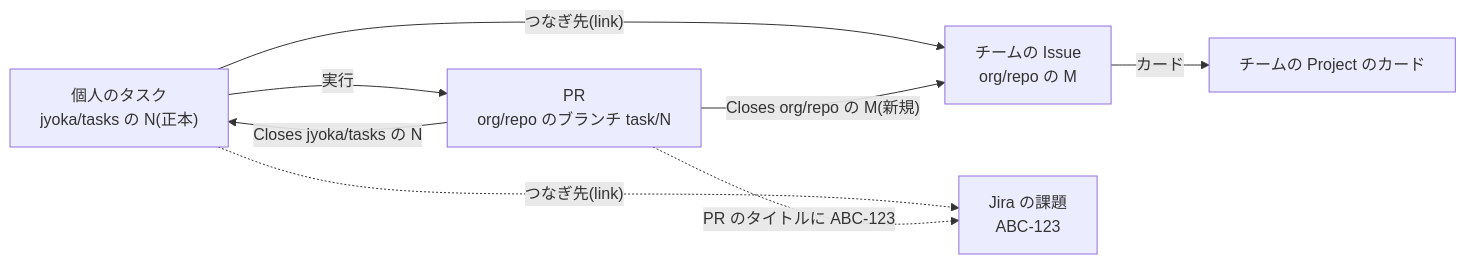
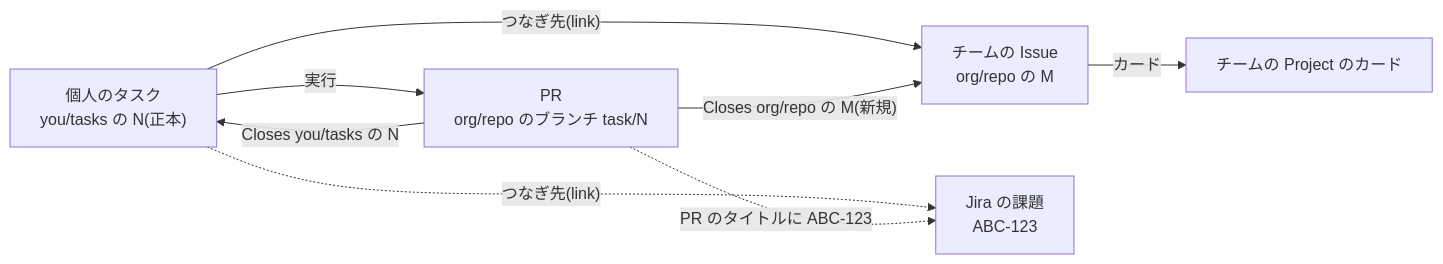
One commit to jyoka/task-hub changed the first of 5 diagrams in docs/architecture/designs/team-sync.md. Above: the diagram before and after it, drawn with Mermaid. The commit also changed 19 other files, not shown here.

````diff
--- a/docs/architecture/designs/team-sync.md
+++ b/docs/architecture/designs/team-sync.md
@@ -74,15 +74,15 @@
 ```mermaid
 flowchart LR
-    task["個人のタスク<br/>jyoka/tasks の N(正本)"]
+    task["個人のタスク<br/>you/tasks の N(正本)"]
     team["チームの Issue<br/>org/repo の M"]
     tp["チームの Project のカード"]
     jira["Jira の課題<br/>ABC-123"]
     pr["PR<br/>org/repo のブランチ task/N"]
     task -- "つなぎ先(link)" --> team
     team -- "カード" --> tp
     task -. "つなぎ先(link)" .-> jira
     task -- "実行" --> pr
-    pr -- "Closes jyoka/tasks の N" --> task
+    pr -- "Closes you/tasks の N" --> task
     pr -- "Closes org/repo の M(新規)" --> team
     pr -. "PR のタイトルに ABC-123" .-> jira
 ```
````
